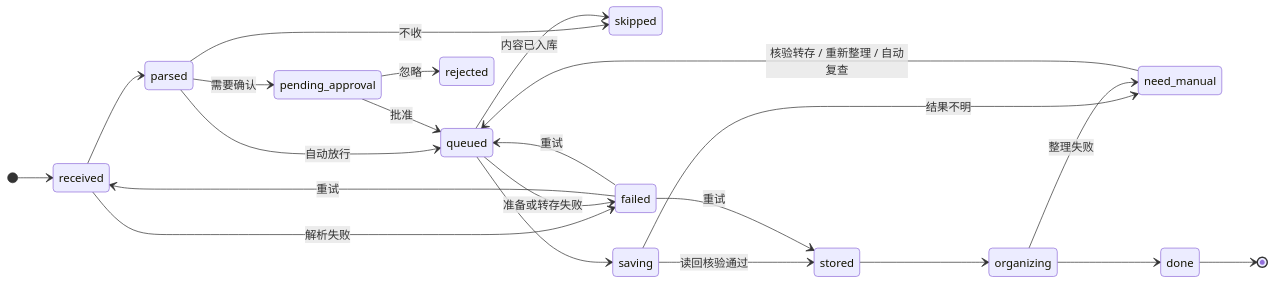
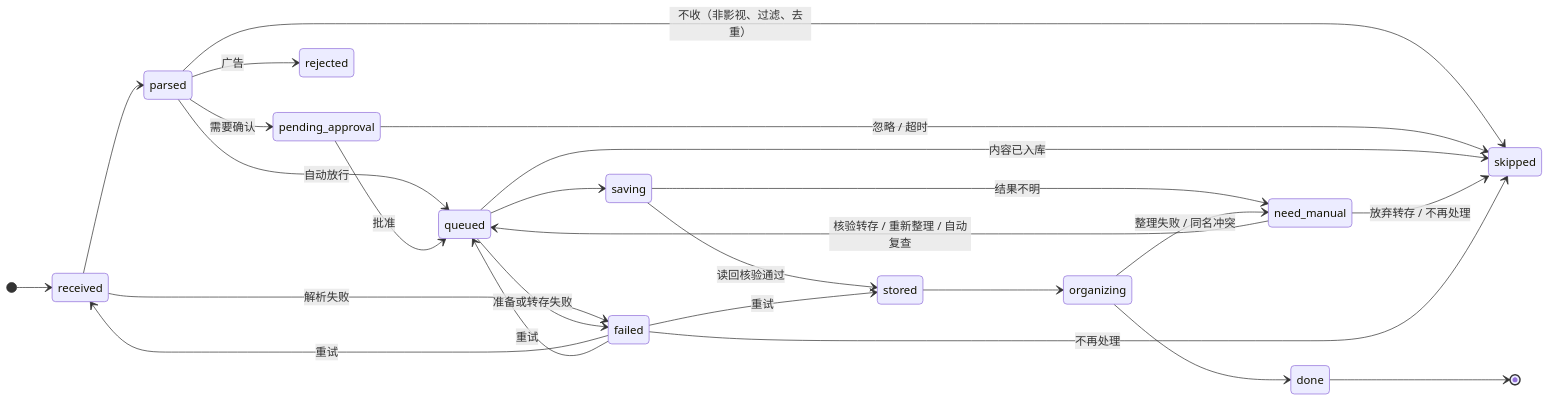
Before and after one commit to Derrors/reelay: the second of 2 diagrams in docs/architecture.md, drawn with Mermaid. The commit also changed other lines of this file and 14 other files, not shown here.

````diff
--- a/docs/architecture.md
+++ b/docs/architecture.md
@@ -37,25 +38,28 @@
 ```mermaid
 stateDiagram-v2
     direction LR
     [*] --> received
     received --> parsed
     parsed --> pending_approval: 需要确认
     parsed --> queued: 自动放行
-    parsed --> skipped: 不收
+    parsed --> skipped: 不收（非影视、过滤、去重）
+    parsed --> rejected: 广告
     pending_approval --> queued: 批准
-    pending_approval --> rejected: 忽略
+    pending_approval --> skipped: 忽略 / 超时
     queued --> saving
     queued --> skipped: 内容已入库
     saving --> stored: 读回核验通过
     saving --> need_manual: 结果不明
     stored --> organizing
     organizing --> done
-    organizing --> need_manual: 整理失败
+    organizing --> need_manual: 整理失败 / 同名冲突
     need_manual --> queued: 核验转存 / 重新整理 / 自动复查
+    need_manual --> skipped: 放弃转存 / 不再处理
     received --> failed: 解析失败
     queued --> failed: 准备或转存失败
     failed --> received: 重试
     failed --> queued: 重试
     failed --> stored: 重试
+    failed --> skipped: 不再处理
     done --> [*]
 ```
````
